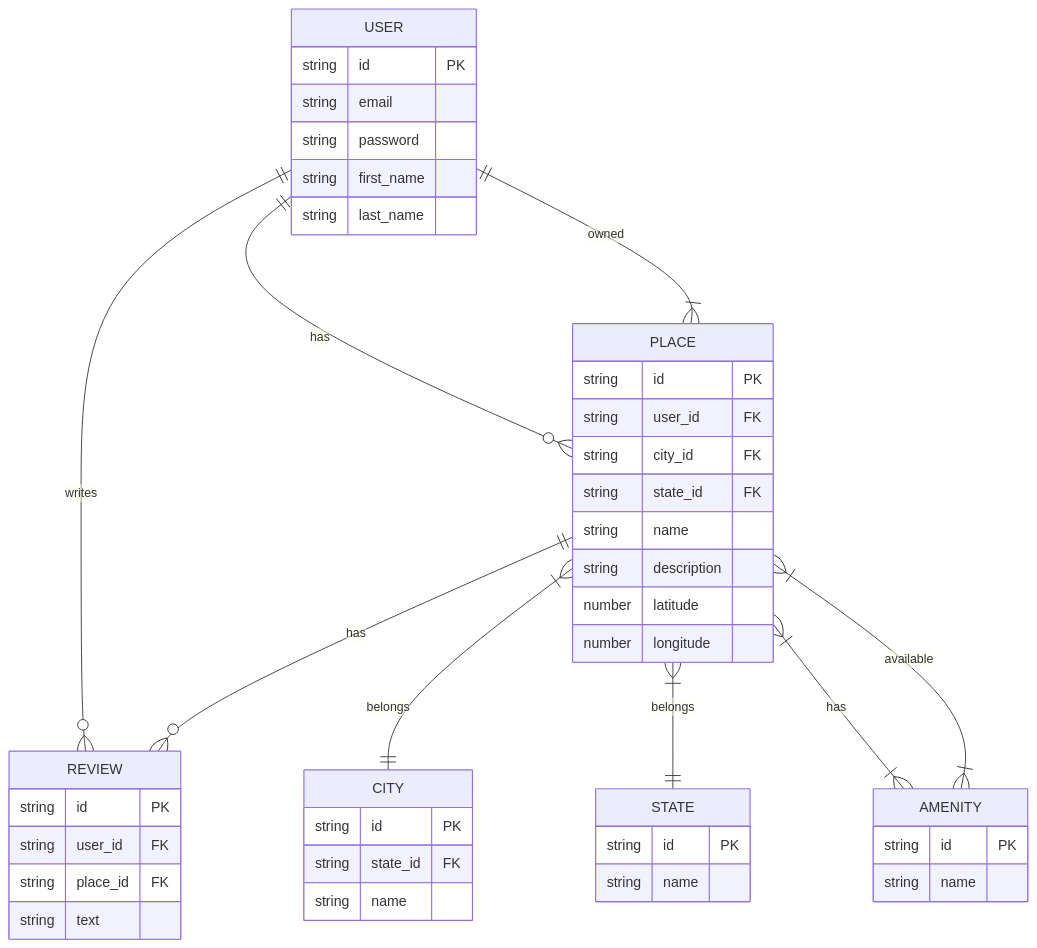
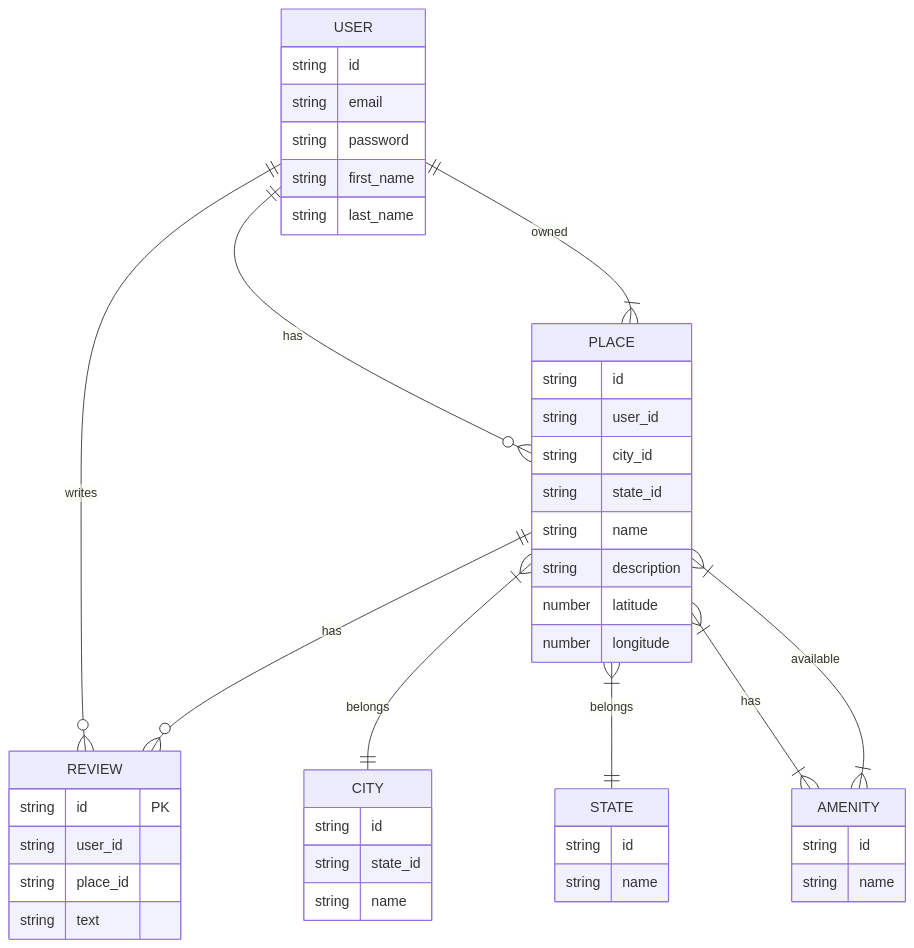
Before and after one commit to smessaoui31/holbertonschool-hbnb: the diagram in part3/README.md, drawn with Mermaid.

````diff
--- a/part3/README.md
+++ b/part3/README.md
@@ -51,54 +51,54 @@
 ```mermaid
 erDiagram
     USER ||--o{ PLACE : "has"
     USER ||--o{ REVIEW : "writes"
     PLACE ||--o{ REVIEW : "has"
     PLACE }|--|| CITY : "belongs"
     PLACE }|--|| STATE : "belongs"
     PLACE }|--|| USER : "owned"
     PLACE }|--|{ AMENITY : "has"
     AMENITY }|--|{ PLACE : "available"
 
     USER {
-        string id PK
+        string id
         string email
         string password
         string first_name
         string last_name
     }
 
     PLACE {
-        string id PK
-        string user_id FK
-        string city_id FK
-        string state_id FK
+        string id
+        string user_id
+        string city_id
+        string state_id
         string name
         string description
         number latitude
         number longitude
     }
 
     REVIEW {
         string id PK
-        string user_id FK
-        string place_id FK
+        string user_id
+        string place_id
         string text
     }
 
     CITY {
-        string id PK
-        string state_id FK
+        string id
+        string state_id
         string name
     }
 
     STATE {
-        string id PK
+        string id
         string name
     }
 
     AMENITY {
-        string id PK
+        string id
         string name
     }
     
 ```
````
